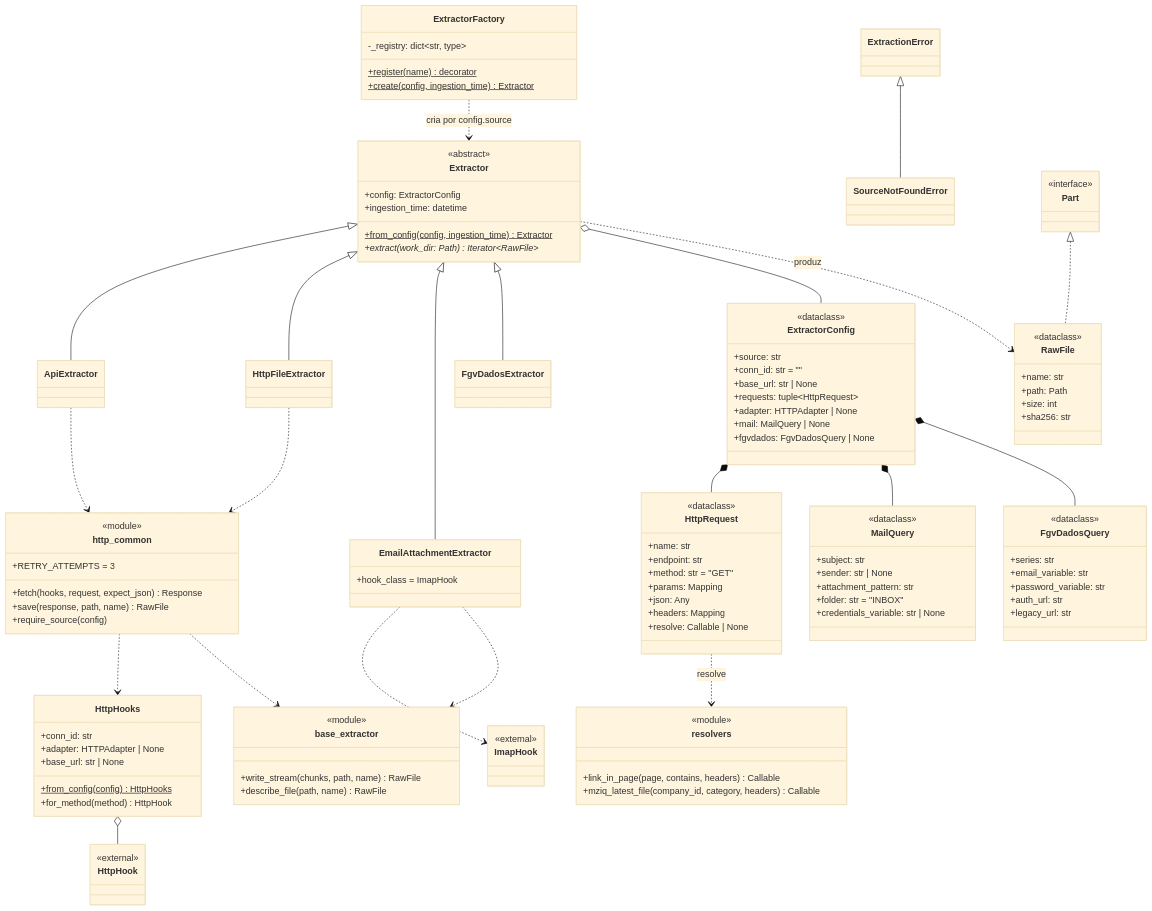
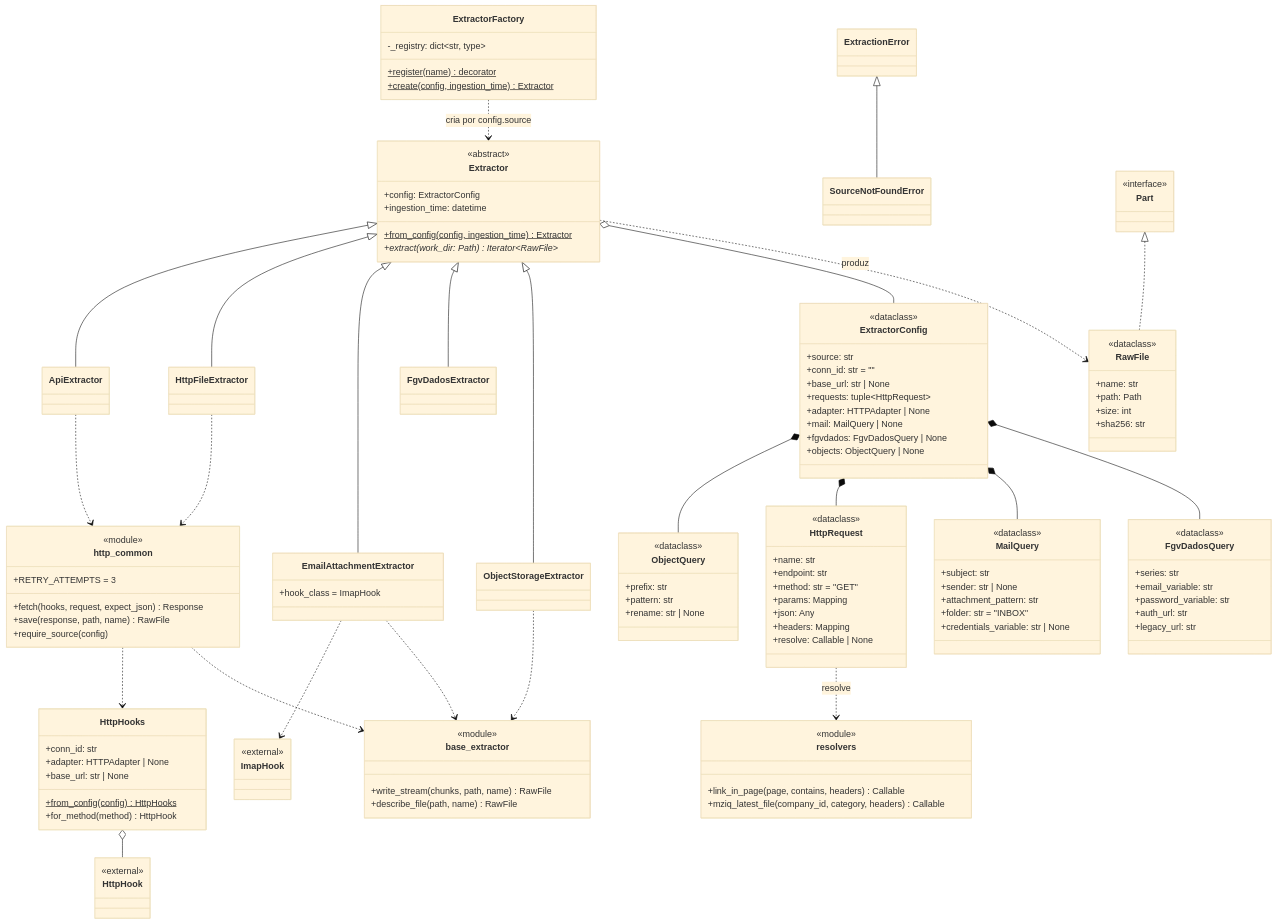
Before and after one commit to GovHub-br/data-application-cidades: the fourth of 8 diagrams in docs/ingestao/diagrama-classes.md, drawn with Mermaid (base theme). The commit also changed other lines of this file, not shown here.

Commit message:
docs(ingestion): diagrama de classes com object_storage, ibge_v3 e powerbi_dsr

```diff
--- a/docs/ingestao/diagrama-classes.md
+++ b/docs/ingestao/diagrama-classes.md
@@ -175,6 +175,7 @@
         +hook_class = ImapHook
     }
     class FgvDadosExtractor
+    class ObjectStorageExtractor
     class ExtractorFactory {
         -_registry: dict~str, type~
         +register(name)$ decorator
@@ -189,6 +190,13 @@
         +adapter: HTTPAdapter | None
         +mail: MailQuery | None
         +fgvdados: FgvDadosQuery | None
+        +objects: ObjectQuery | None
+    }
+    class ObjectQuery {
+        <<dataclass>>
+        +prefix: str
+        +pattern: str
+        +rename: str | None
     }
     class FgvDadosQuery {
         <<dataclass>>
@@ -263,6 +271,9 @@
     Extractor <|-- HttpFileExtractor
     Extractor <|-- EmailAttachmentExtractor
     Extractor <|-- FgvDadosExtractor
+    Extractor <|-- ObjectStorageExtractor
+    ExtractorConfig *-- ObjectQuery
+    ObjectStorageExtractor ..> base_extractor
     Extractor o-- ExtractorConfig
     ExtractorConfig *-- HttpRequest
     ExtractorConfig *-- MailQuery
```
